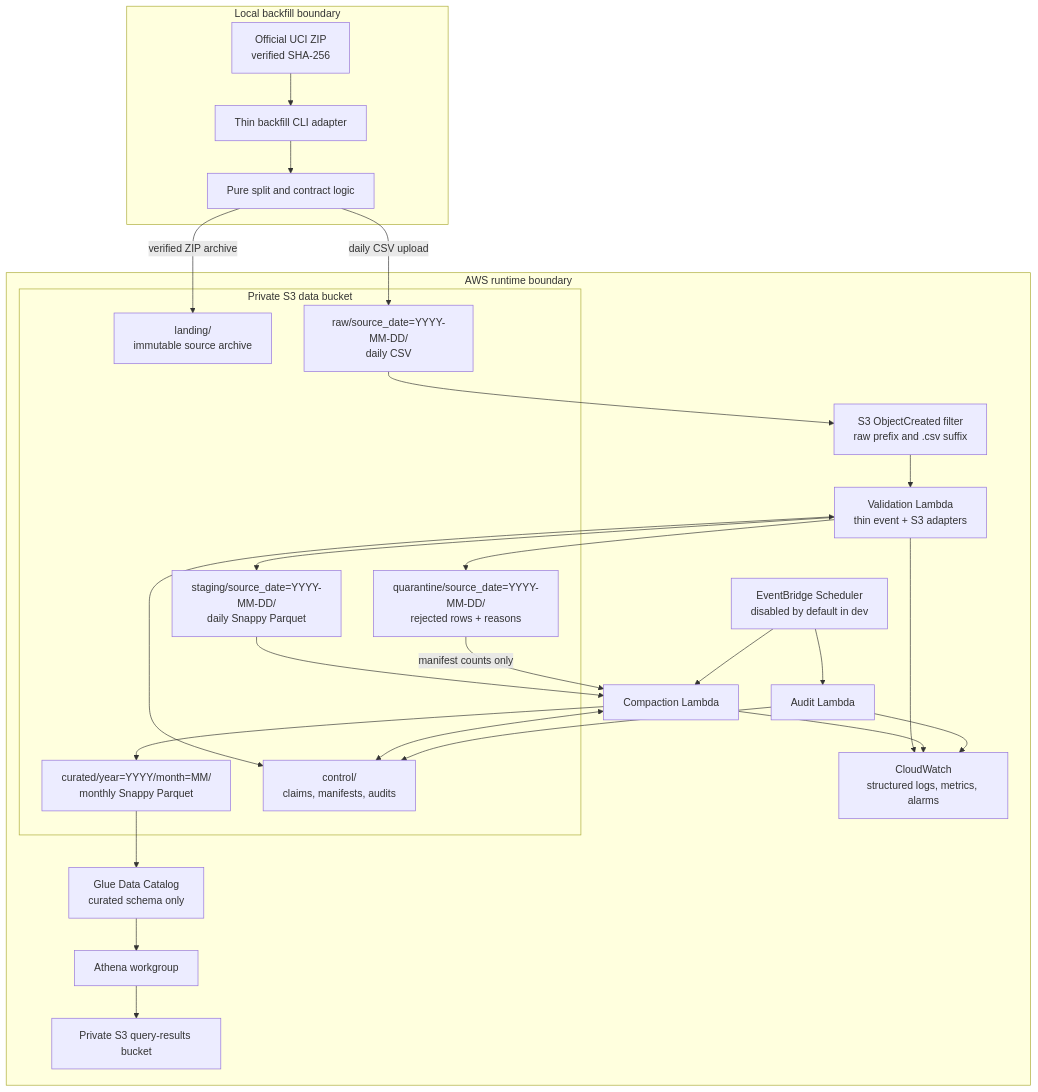
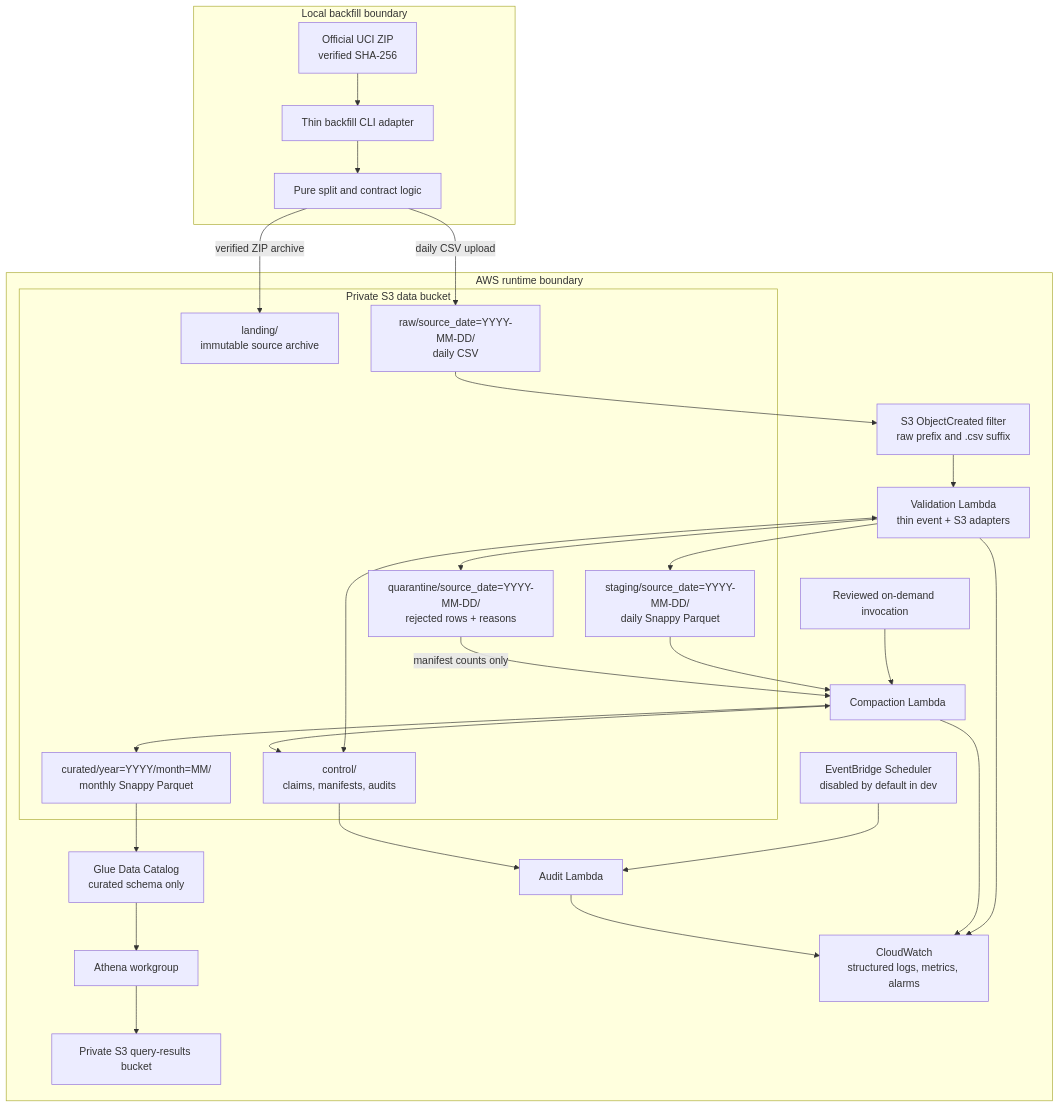
One commit to jingboli8/metropulse-aws-data-pipeline changed the diagram in docs/architecture.md. Above: the diagram before and after it, drawn with Mermaid. The commit also changed other lines of this file and 52 other files, not shown here.

````diff
--- a/docs/architecture.md
+++ b/docs/architecture.md
@@ -18,48 +18,48 @@
 ```mermaid
 flowchart TB
     subgraph Local[Local backfill boundary]
         UCI[Official UCI ZIP<br/>verified SHA-256]
         CLI[Thin backfill CLI adapter]
         Core[Pure split and contract logic]
         UCI --> CLI --> Core
     end
 
     subgraph AWS[AWS runtime boundary]
         subgraph S3Data[Private S3 data bucket]
             Landing[landing/<br/>immutable source archive]
             Raw[raw/source_date=YYYY-MM-DD/<br/>daily CSV]
             Staging[staging/source_date=YYYY-MM-DD/<br/>daily Snappy Parquet]
             Quarantine[quarantine/source_date=YYYY-MM-DD/<br/>rejected rows + reasons]
             Curated[curated/year=YYYY/month=MM/<br/>monthly Snappy Parquet]
             Control[control/<br/>claims, manifests, audits]
         end
 
         Notify[S3 ObjectCreated filter<br/>raw prefix and .csv suffix]
         Validator[Validation Lambda<br/>thin event + S3 adapters]
         Scheduler[EventBridge Scheduler<br/>disabled by default in dev]
         Compactor[Compaction Lambda]
         Auditor[Audit Lambda]
         Glue[Glue Data Catalog<br/>curated schema only]
         Athena[Athena workgroup]
         Results[Private S3 query-results bucket]
         CW[CloudWatch<br/>structured logs, metrics, alarms]
 
         Raw --> Notify --> Validator
         Validator --> Staging
         Validator --> Quarantine
         Validator <--> Control
-        Scheduler --> Compactor
         Scheduler --> Auditor
+        Operator[Reviewed on-demand invocation] --> Compactor
         Staging --> Compactor --> Curated
         Quarantine -->|manifest counts only| Compactor
         Compactor <--> Control
-        Auditor --> Control
+        Control --> Auditor
         Curated --> Glue --> Athena --> Results
         Validator --> CW
         Compactor --> CW
         Auditor --> CW
     end
 
     Core -->|verified ZIP archive| Landing
     Core -->|daily CSV upload| Raw
 ```
````
